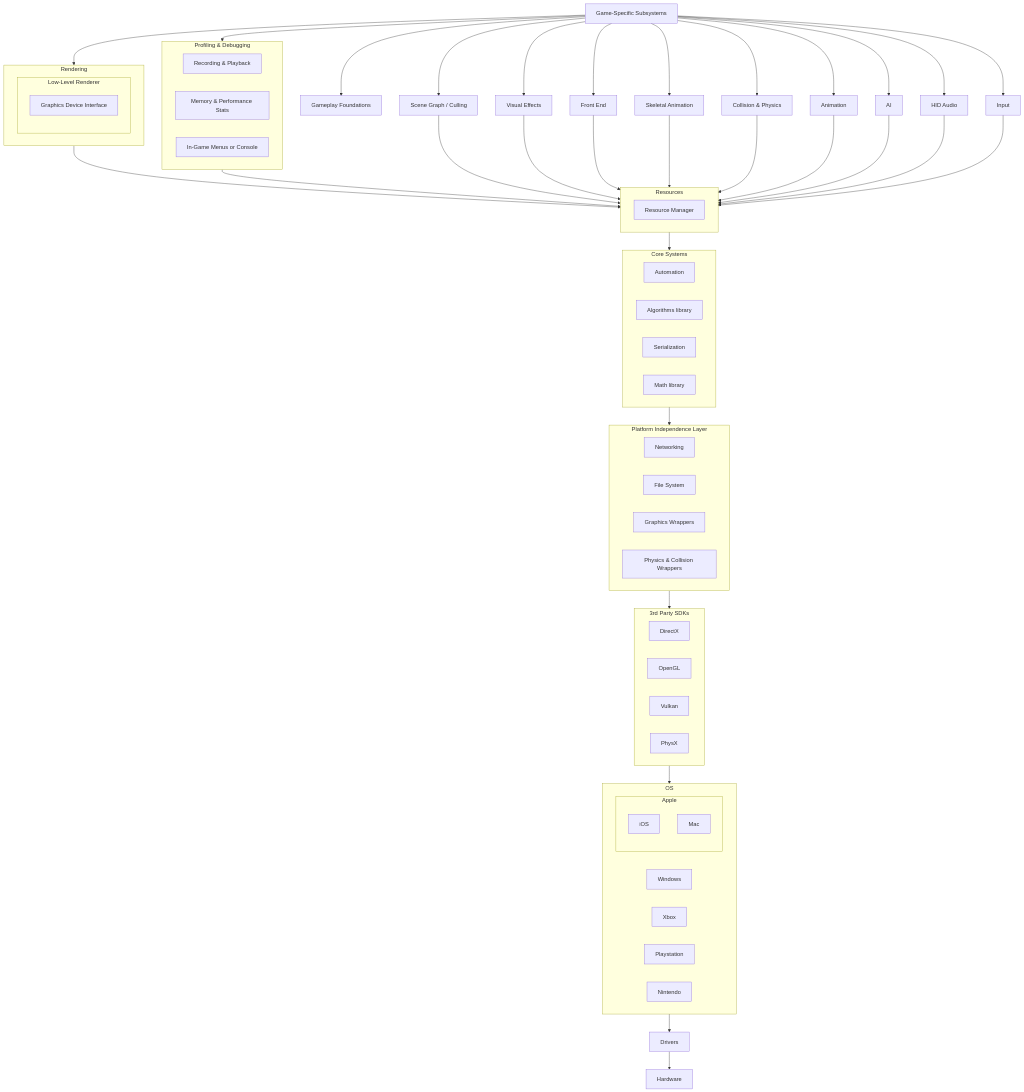
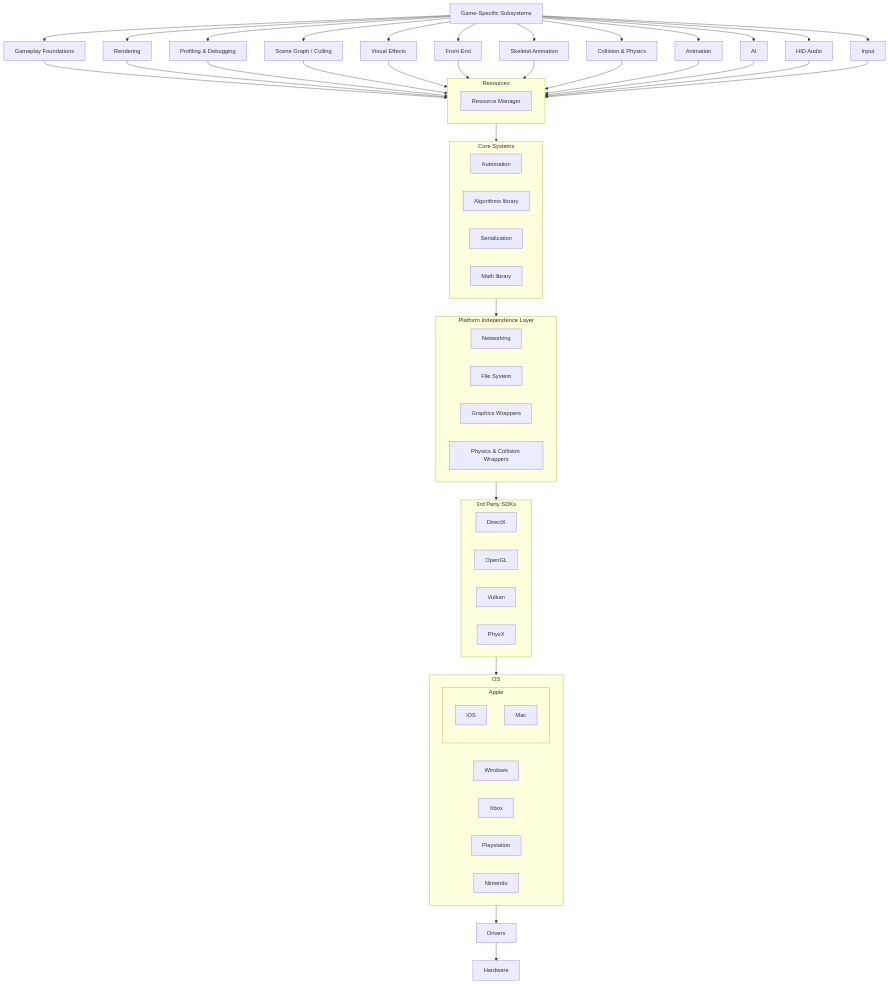
The diagram in README.md (islamhaqq/UnrealEngineDeepDive), drawn with Mermaid before and after one commit.

```diff
--- a/README.md
+++ b/README.md
@@ -44,16 +44,8 @@
 flowchart TD
     A[Game-Specific Subsystems]
     B[Gameplay Foundations]
-    subgraph B1[Rendering]
-        subgraph B1A[Low-Level Renderer]
-            B1A1[Graphics Device Interface]
-        end
-    end
-    subgraph B2[Profiling & Debugging]
-        B2A[Recording & Playback]
-        B2B[Memory & Performance Stats]
-        B2C[In-Game Menus or Console]
-    end
+    B1[Rendering]
+    B2[Profiling & Debugging]
     B3[Scene Graph / Culling]
     B4[Visual Effects]
     B5[Front End]
@@ -108,6 +100,7 @@
     A --> B9
     A --> B10
     A --> B11
+    B --> C
     B1 --> C
     B2 --> C
     B3 --> C
```
